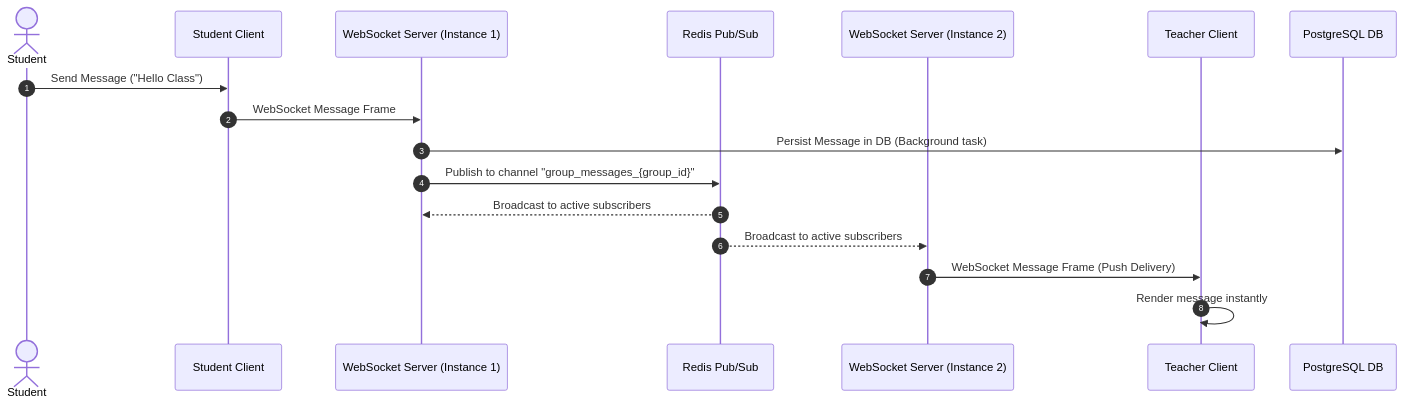
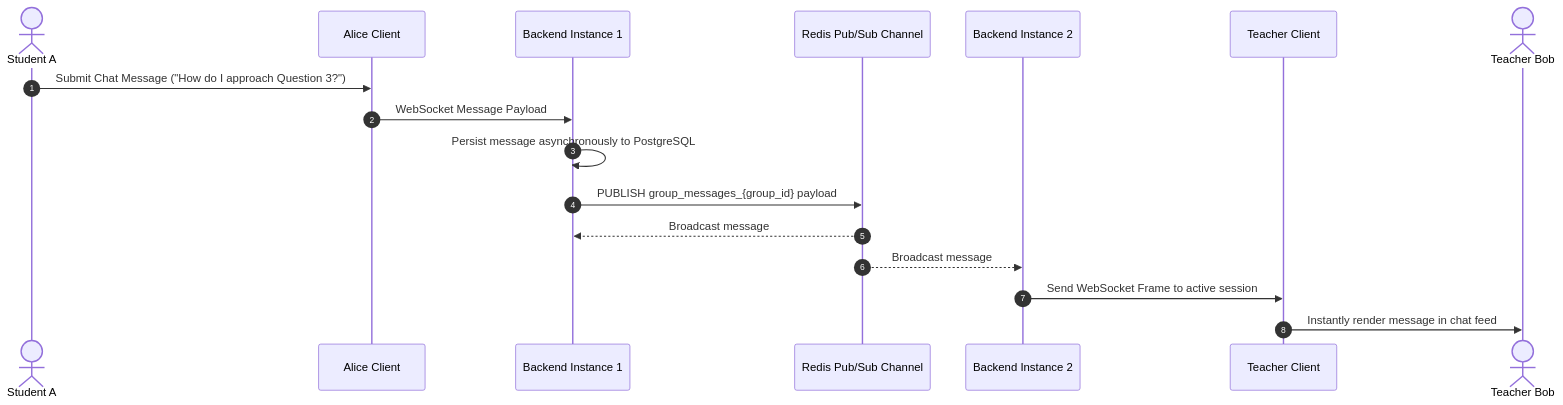
One commit to Sandeep-singh-99/ClassBuddy changed the fifth of 5 diagrams in README.md. Above: the diagram before and after it, drawn with Mermaid. The commit also changed other lines of this file, not shown here.

````diff
--- a/README.md
+++ b/README.md
@@ -284,20 +356,20 @@
 ```mermaid
 sequenceDiagram
     autonumber
-    actor Student
-    participant Client1 as Student Client
-    participant WS1 as WebSocket Server (Instance 1)
-    participant Redis as Redis Pub/Sub
-    participant WS2 as WebSocket Server (Instance 2)
-    participant Client2 as Teacher Client
-    participant DB as PostgreSQL DB
+    actor Alice as Student A
+    participant WSC1 as Alice Client
+    participant Node1 as Backend Instance 1
+    participant Redis as Redis Pub/Sub Channel
+    participant Node2 as Backend Instance 2
+    participant WSC2 as Teacher Client
+    actor Bob as Teacher Bob
 
-    Student->>Client1: Send Message ("Hello Class")
-    Client1->>WS1: WebSocket Message Frame
-    WS1->>DB: Persist Message in DB (Background task)
-    WS1->>Redis: Publish to channel "group_messages_{group_id}"
-    Redis-->>WS1: Broadcast to active subscribers
-    Redis-->>WS2: Broadcast to active subscribers
-    WS2->>Client2: WebSocket Message Frame (Push Delivery)
-    Client2->>Client2: Render message instantly
+    Alice->>WSC1: Submit Chat Message ("How do I approach Question 3?")
+    WSC1->>Node1: WebSocket Message Payload
+    Node1->>Node1: Persist message asynchronously to PostgreSQL
+    Node1->>Redis: PUBLISH group_messages_{group_id} payload
+    Redis-->>Node1: Broadcast message
+    Redis-->>Node2: Broadcast message
+    Node2->>WSC2: Send WebSocket Frame to active session
+    WSC2->>Bob: Instantly render message in chat feed
 ```
````
